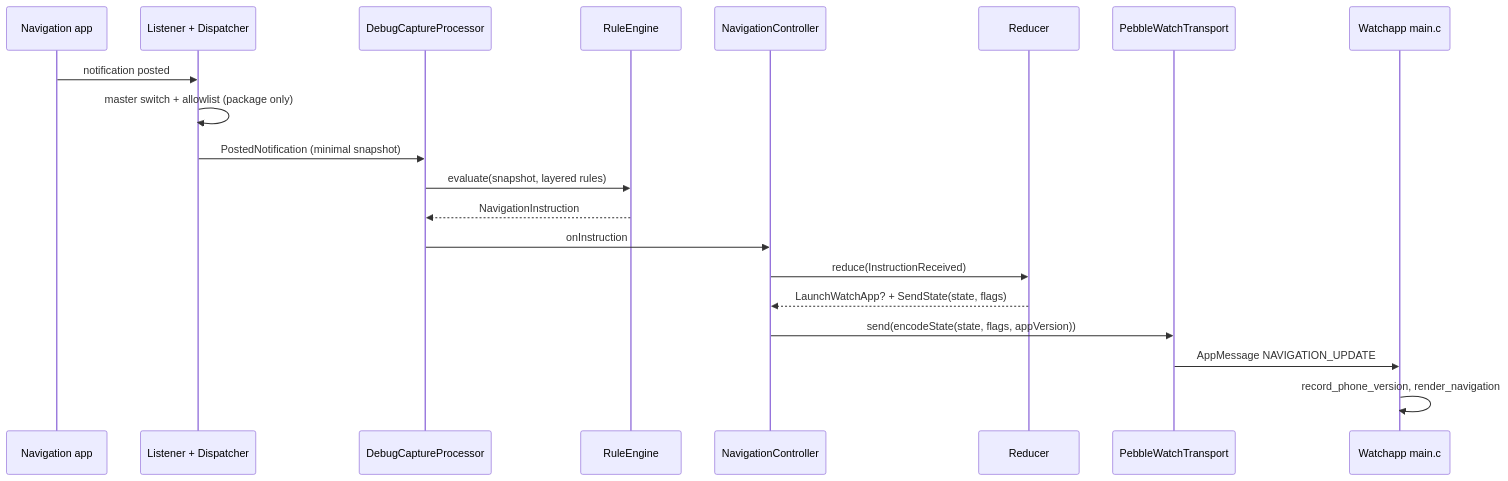
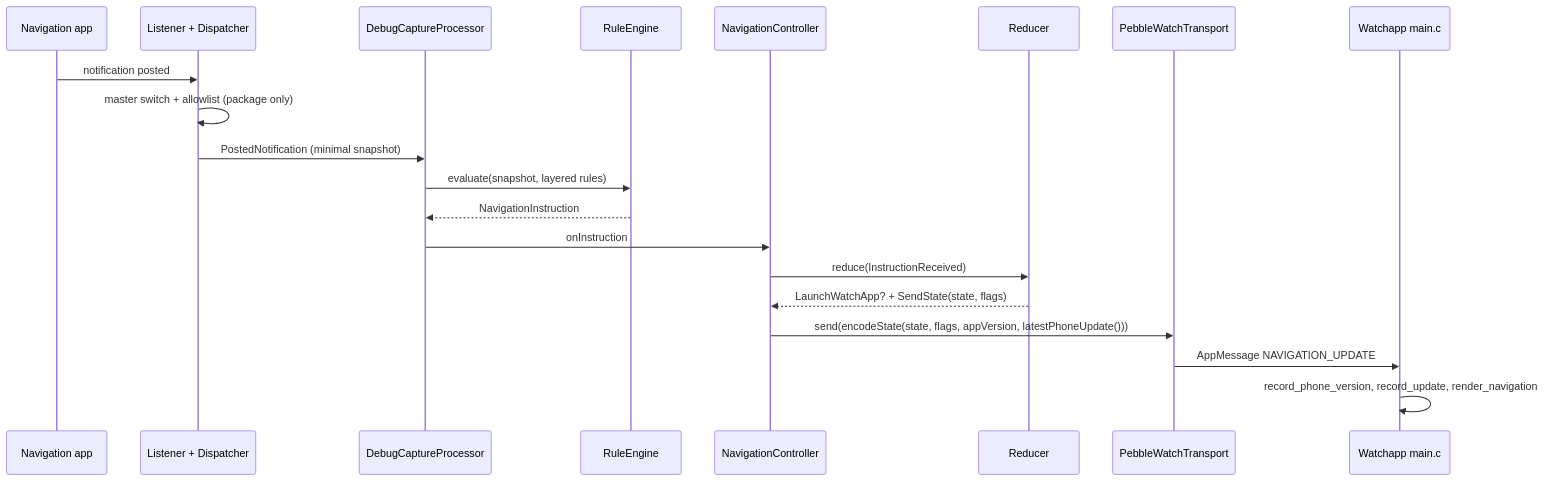
Before and after one commit to optio/PebbleNTN: the second of 5 diagrams in aidlc/spaces/default/codekb/PebbleNTN/architecture.md, drawn with Mermaid. The commit also changed other lines of this file and 51 other files, not shown here.

First line of the commit message:
chore(aidlc): record version-compare update detection through build and test

````diff
--- a/aidlc/spaces/default/codekb/PebbleNTN/architecture.md
+++ b/aidlc/spaces/default/codekb/PebbleNTN/architecture.md
@@ -78,22 +88,22 @@
 ```mermaid
 sequenceDiagram
   participant NA as Navigation app
   participant L as Listener + Dispatcher
   participant P as DebugCaptureProcessor
   participant E as RuleEngine
   participant C as NavigationController
   participant R as Reducer
   participant T as PebbleWatchTransport
   participant W as Watchapp main.c
   NA->>L: notification posted
   L->>L: master switch + allowlist (package only)
   L->>P: PostedNotification (minimal snapshot)
   P->>E: evaluate(snapshot, layered rules)
   E-->>P: NavigationInstruction
   P->>C: onInstruction
   C->>R: reduce(InstructionReceived)
   R-->>C: LaunchWatchApp? + SendState(state, flags)
-  C->>T: send(encodeState(state, flags, appVersion))
+  C->>T: send(encodeState(state, flags, appVersion, latestPhoneUpdate()))
   T->>W: AppMessage NAVIGATION_UPDATE
-  W->>W: record_phone_version, render_navigation
+  W->>W: record_phone_version, record_update, render_navigation
 ```
````
